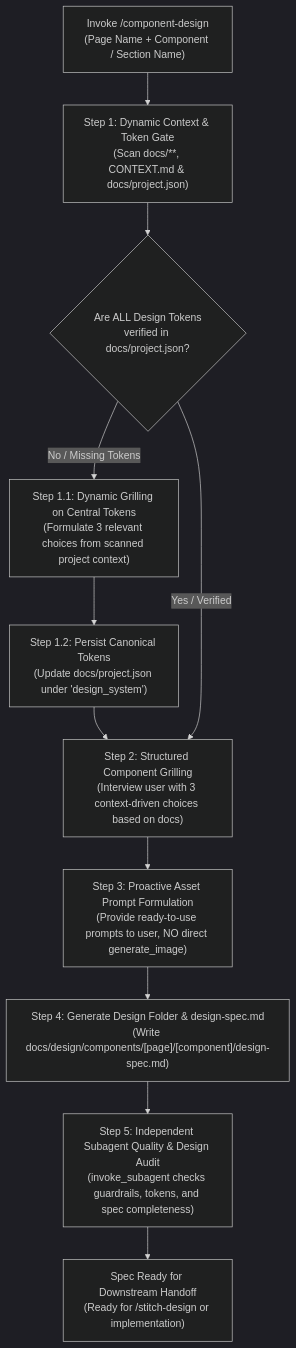
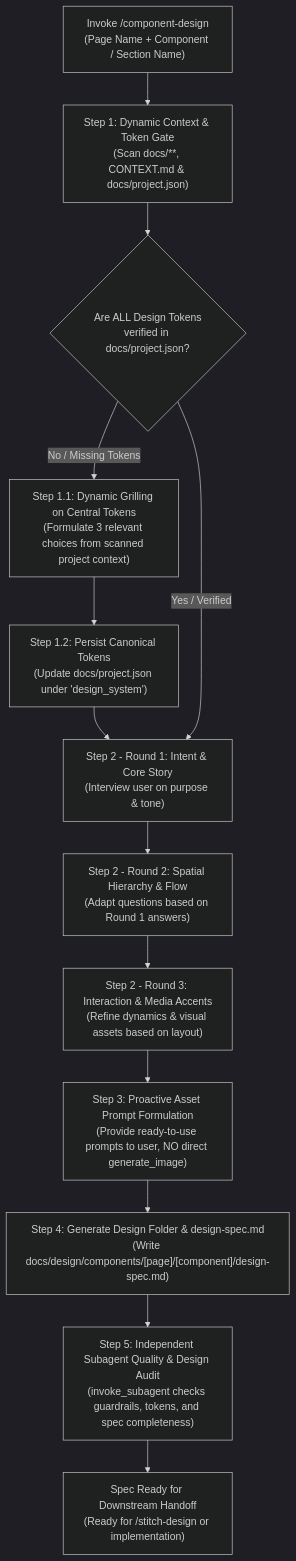
The diagram in .agents/skills/component-design/SKILL.md (BIGboss248/aminwebsite), drawn with Mermaid (dark theme) before and after one commit. The commit also changed other lines of this file and 1 other file, not shown here.

Commit message:
chore: component design update

````diff
--- a/.agents/skills/component-design/SKILL.md
+++ b/.agents/skills/component-design/SKILL.md
@@ -29,13 +29,15 @@
 ```mermaid
 flowchart TD
     Start["Invoke /component-design<br/>(Page Name + Component / Section Name)"] --> Step1["Step 1: Dynamic Context & Token Gate<br/>(Scan docs/**, CONTEXT.md & docs/project.json)"]
     Step1 --> CheckTokens{"Are ALL Design Tokens<br/>verified in docs/project.json?"}
     CheckTokens -- "No / Missing Tokens" --> GrillTokens["Step 1.1: Dynamic Grilling on Central Tokens<br/>(Formulate 3 relevant choices from scanned project context)"]
     GrillTokens --> SaveTokens["Step 1.2: Persist Canonical Tokens<br/>(Update docs/project.json under 'design_system')"]
-    SaveTokens --> Step2
-    CheckTokens -- "Yes / Verified" --> Step2["Step 2: Structured Component Grilling<br/>(Interview user with 3 context-driven choices based on docs)"]
-    Step2 --> Step3["Step 3: Proactive Asset Prompt Formulation<br/>(Provide ready-to-use prompts to user, NO direct generate_image)"]
+    SaveTokens --> Round1
+    CheckTokens -- "Yes / Verified" --> Round1["Step 2 - Round 1: Intent & Core Story<br/>(Interview user on purpose & tone)"]
+    Round1 --> Round2["Step 2 - Round 2: Spatial Hierarchy & Flow<br/>(Adapt questions based on Round 1 answers)"]
+    Round2 --> Round3["Step 2 - Round 3: Interaction & Media Accents<br/>(Refine dynamics & visual assets based on layout)"]
+    Round3 --> Step3["Step 3: Proactive Asset Prompt Formulation<br/>(Provide ready-to-use prompts to user, NO direct generate_image)"]
     Step3 --> Step4["Step 4: Generate Design Folder & design-spec.md<br/>(Write docs/design/components/[page]/[component]/design-spec.md)"]
     Step4 --> Step5["Step 5: Independent Subagent Quality & Design Audit<br/>(invoke_subagent checks guardrails, tokens, and spec completeness)"]
     Step5 --> Finish["Spec Ready for Downstream Handoff<br/>(Ready for /stitch-design or implementation)"]
 ```
````
